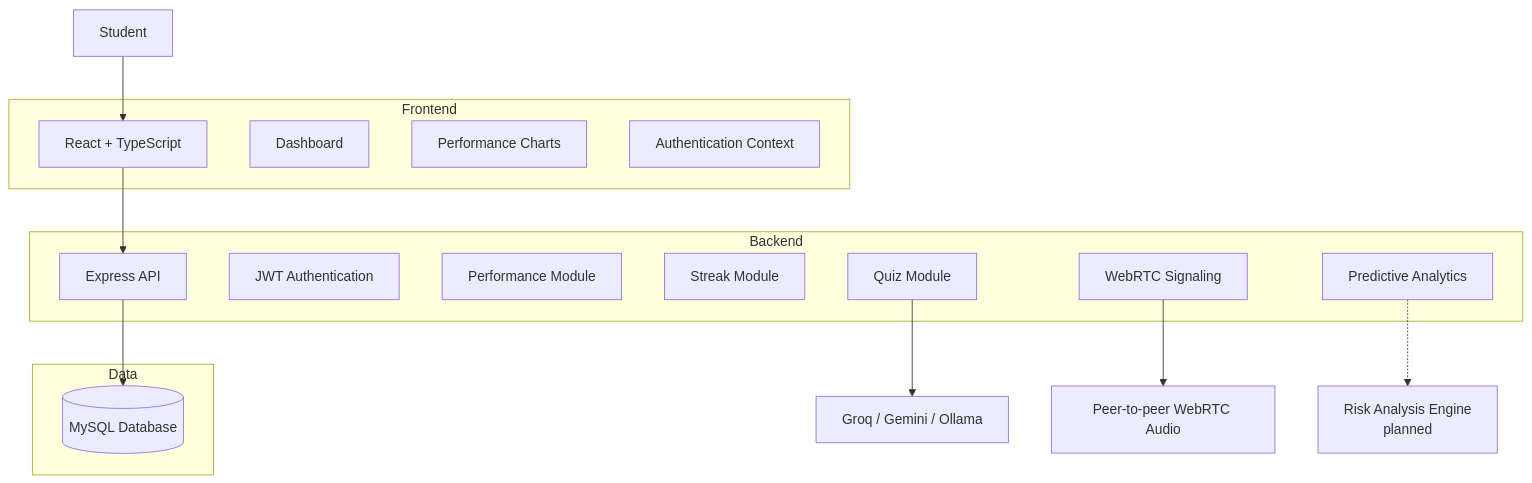
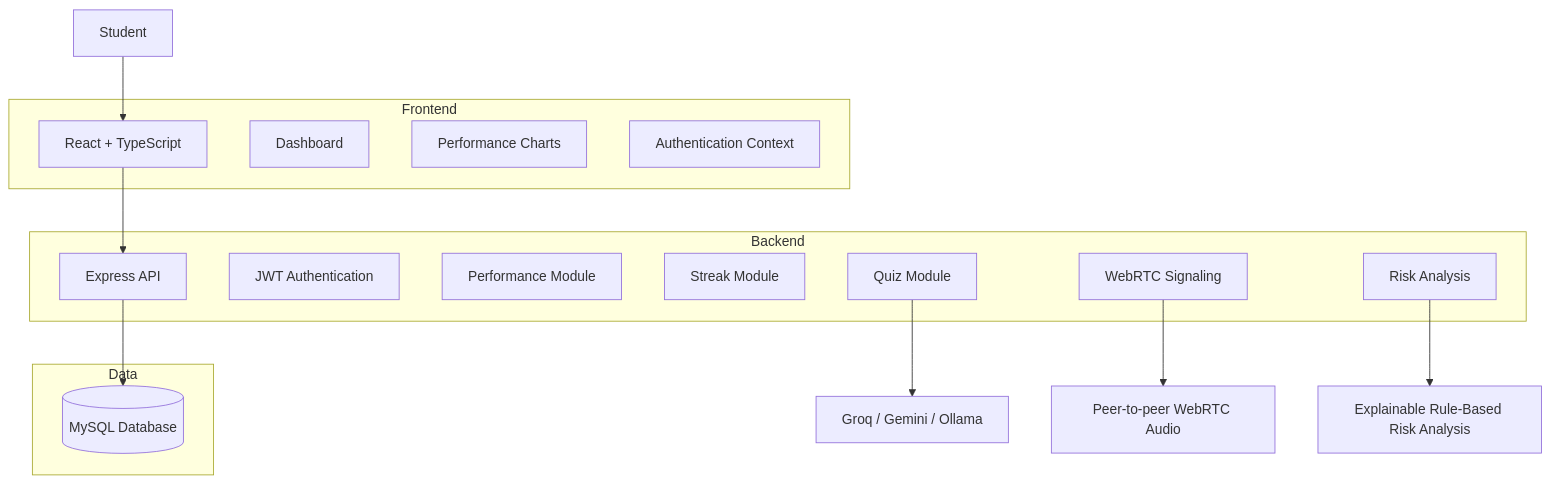
One commit to ashleythabang47-cloud/Acadance- changed the first of 4 diagrams in saics/README.md. Above: the diagram before and after it, drawn with Mermaid. The commit also changed other lines of this file and 11556 other files, not shown here.

````diff
--- a/saics/README.md
+++ b/saics/README.md
@@ -199,35 +282,35 @@
 ```mermaid
 flowchart TD
 
     Student[Student]
     Student --> UI
 
     subgraph Frontend
         UI[React + TypeScript]
         Dashboard[Dashboard]
         Charts[Performance Charts]
         AuthContext[Authentication Context]
     end
 
     UI --> API
 
     subgraph Backend
         API[Express API]
         Auth[JWT Authentication]
         Performance[Performance Module]
         Streaks[Streak Module]
         Quiz[Quiz Module]
-        Analytics[Predictive Analytics]
+        Analytics[Risk Analysis]
         Voice[WebRTC Signaling]
     end
 
     API --> DB
 
     subgraph Data
         DB[(MySQL Database)]
     end
 
     Quiz --> Providers[Groq / Gemini / Ollama]
     Voice --> RTC[Peer-to-peer WebRTC Audio]
-    Analytics -.-> Prediction[Risk Analysis Engine<br/>planned]
+    Analytics --> Prediction[Explainable Rule-Based Risk Analysis]
 ```
````
